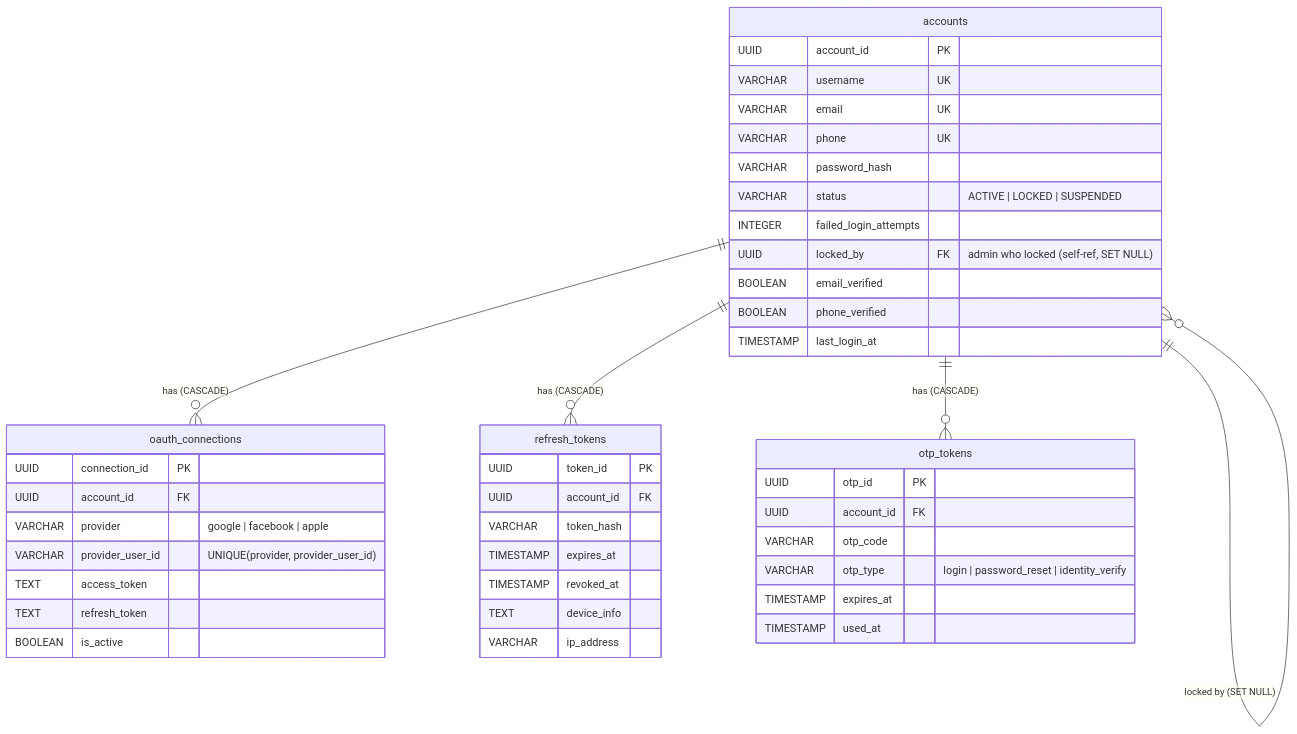
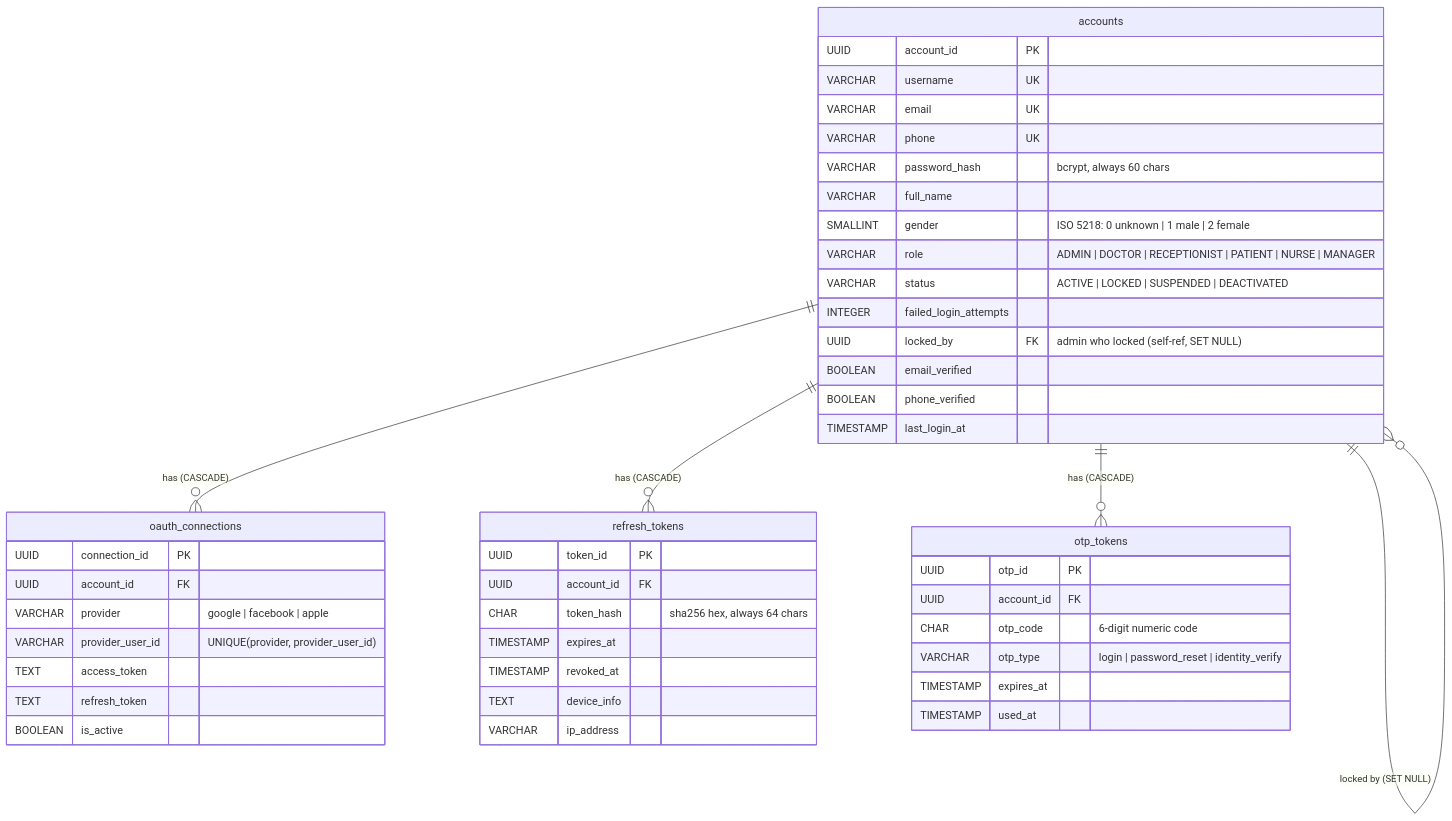
The diagram in database/erd/auth-service.mmd (LTPPPP/Smart-Medical-Intelligent-Ledger-for-E-health-S.M.I.L.E-), drawn with Mermaid before and after one commit. The commit also changed 4 other files, not shown here.

First line of the commit message:
update : refresh ERD diagrams and architecture doc to match schemas

```diff
--- a/database/erd/auth-service.mmd
+++ b/database/erd/auth-service.mmd
@@ -1,50 +1,53 @@
 %% ERD — auth_service_db (database/iam-service/auth-service/schema.sql)
 %% Solid line = real FK in the DB
 erDiagram
     accounts {
         UUID account_id PK
         VARCHAR username UK
         VARCHAR email UK
         VARCHAR phone UK
-        VARCHAR password_hash
-        VARCHAR status "ACTIVE | LOCKED | SUSPENDED"
+        VARCHAR password_hash "bcrypt, always 60 chars"
+        VARCHAR full_name
+        SMALLINT gender "ISO 5218: 0 unknown | 1 male | 2 female"
+        VARCHAR role "ADMIN | DOCTOR | RECEPTIONIST | PATIENT | NURSE | MANAGER"
+        VARCHAR status "ACTIVE | LOCKED | SUSPENDED | DEACTIVATED"
         INTEGER failed_login_attempts
         UUID locked_by FK "admin who locked (self-ref, SET NULL)"
         BOOLEAN email_verified
         BOOLEAN phone_verified
         TIMESTAMP last_login_at
     }
 
     oauth_connections {
         UUID connection_id PK
         UUID account_id FK
         VARCHAR provider "google | facebook | apple"
         VARCHAR provider_user_id "UNIQUE(provider, provider_user_id)"
         TEXT access_token
         TEXT refresh_token
         BOOLEAN is_active
     }
 
     refresh_tokens {
         UUID token_id PK
         UUID account_id FK
-        VARCHAR token_hash
+        CHAR token_hash "sha256 hex, always 64 chars"
         TIMESTAMP expires_at
         TIMESTAMP revoked_at
         TEXT device_info
         VARCHAR ip_address
     }
 
     otp_tokens {
         UUID otp_id PK
         UUID account_id FK
-        VARCHAR otp_code
+        CHAR otp_code "6-digit numeric code"
         VARCHAR otp_type "login | password_reset | identity_verify"
         TIMESTAMP expires_at
         TIMESTAMP used_at
     }
 
     accounts ||--o{ accounts : "locked by (SET NULL)"
     accounts ||--o{ oauth_connections : "has (CASCADE)"
     accounts ||--o{ refresh_tokens : "has (CASCADE)"
     accounts ||--o{ otp_tokens : "has (CASCADE)"
```
